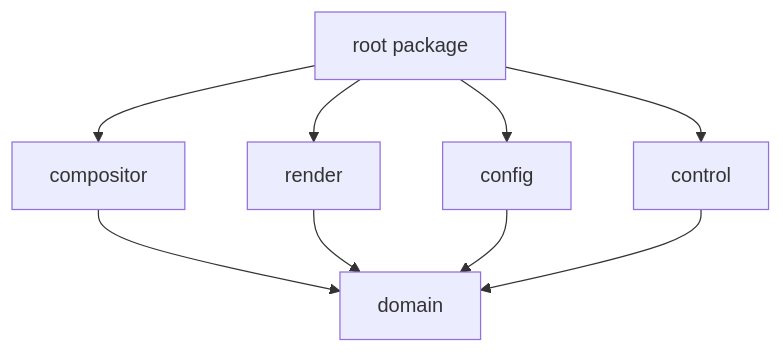
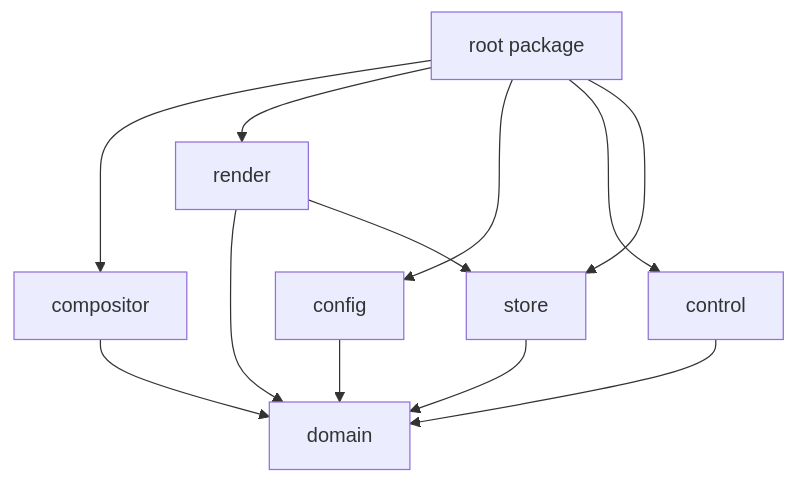
Before and after one commit to Uyanide/parra: the first of 2 diagrams in docs/architecture.md, drawn with Mermaid. The commit also changed other lines of this file and 47 other files, not shown here.

````diff
--- a/docs/architecture.md
+++ b/docs/architecture.md
@@ -8,11 +8,14 @@
 ```mermaid
 graph TD
     root["root package"] --> compositor
     root --> render
     root --> config
     root --> control
+    root --> store
     compositor --> domain
     render --> domain
+    render --> store
     config --> domain
     control --> domain
+    store --> domain
 ```
````
